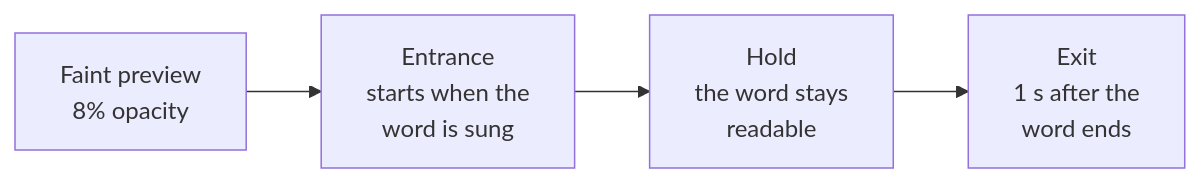
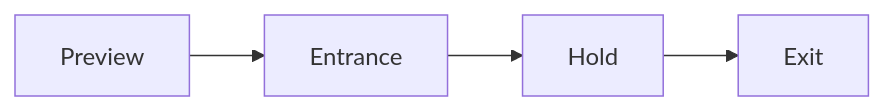
The first of 2 diagrams in particles/README.md (joncastillo/Kinetic_Lyrics), drawn with Mermaid before and after one commit. The commit also changed other lines of this file and 1 other file, not shown here.

First line of the commit message:
Shorten diagram labels so GitHub does not clip them

````diff
--- a/particles/README.md
+++ b/particles/README.md
@@ -10,6 +10,4 @@
 ```mermaid
 flowchart LR
-    P[Faint preview<br/>8% opacity] --> E[Entrance<br/>starts when the<br/>word is sung]
-    E --> H[Hold<br/>the word stays<br/>readable]
-    H --> X[Exit<br/>1 s after the<br/>word ends]
+    P[Preview] --> E[Entrance] --> H[Hold] --> X[Exit]
 ```
````
